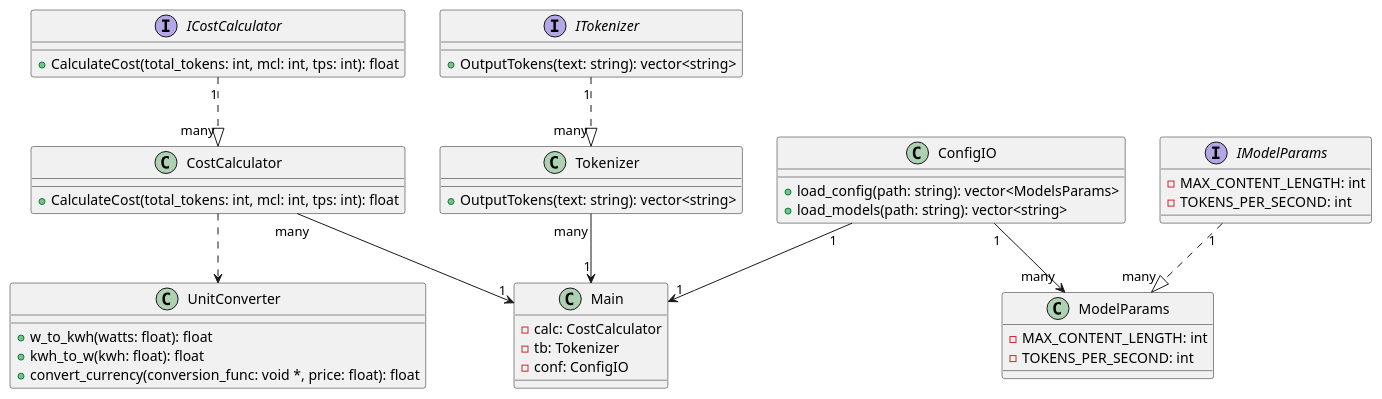
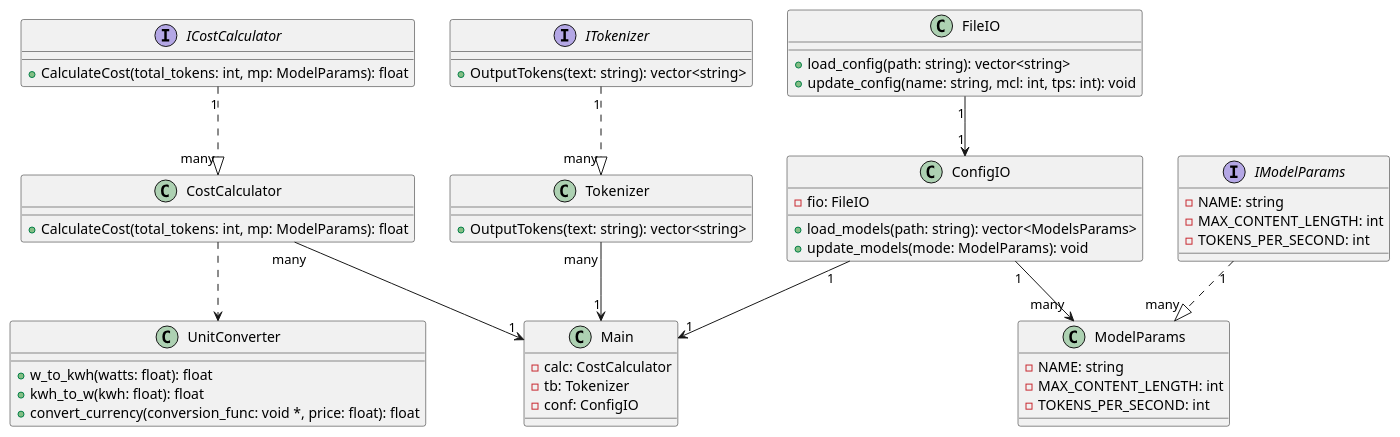
Before and after one commit to TeejMcSteez/ITCS3112FinalProject: the diagram in uml/diag.puml, drawn with PlantUML. The commit also changed 1 other file, not shown here.

Commit message:
Updated to classes and relationships added fileIO to split configIO parsing

```diff
--- a/uml/diag.puml
+++ b/uml/diag.puml
@@ -1,59 +1,68 @@
 @startuml AITokenAnalyzer
 
 interface ITokenizer {
     +OutputTokens(text: string): vector<string>
 }
 
 class Tokenizer {
     +OutputTokens(text: string): vector<string>
 }
 
 interface ICostCalculator {
-    +CalculateCost(total_tokens: int, mcl: int, tps: int): float
+    +CalculateCost(total_tokens: int, mp: ModelParams): float
 }
 
 class CostCalculator {
-    +CalculateCost(total_tokens: int, mcl: int, tps: int): float
+    +CalculateCost(total_tokens: int, mp: ModelParams): float
 }
 
 interface IModelParams {
+    -NAME: string
     -MAX_CONTENT_LENGTH: int
     -TOKENS_PER_SECOND: int
 }
 
 class ModelParams {
+    -NAME: string
     -MAX_CONTENT_LENGTH: int
     -TOKENS_PER_SECOND: int
 }
 
+class FileIO {
+    +load_config(path: string): vector<string>
+    +update_config(name: string, mcl: int, tps: int): void
+}
+
 class ConfigIO {
-    +load_config(path: string): vector<ModelsParams>
-    +load_models(path: string): vector<string>
+    -fio: FileIO
+    +load_models(path: string): vector<ModelsParams>
+    +update_models(mode: ModelParams): void
 }
 
 class UnitConverter {
     +w_to_kwh(watts: float): float
     +kwh_to_w(kwh: float): float
     +convert_currency(conversion_func: void *, price: float): float
 }
 
 class Main {
     - calc: CostCalculator
     - tb: Tokenizer
     - conf: ConfigIO
 }
 
 ' Relationship's
 ' Tokenizer Relationships
 ITokenizer "1" ..|> "many" Tokenizer
 ' Cost Algo. Relationships
 ICostCalculator "1" ..|> "many" CostCalculator
 CostCalculator ..> UnitConverter
 ' Model/Config Relationships
 IModelParams "1" ..|> "many" ModelParams
 ConfigIO "1" --> "many" ModelParams
+FileIO "1" --> "1" ConfigIO
 ' Main relationships
 CostCalculator "many" --> "1" Main
 Tokenizer "many" --> "1" Main
 ConfigIO "1" --> "1" Main
 @enduml
```
